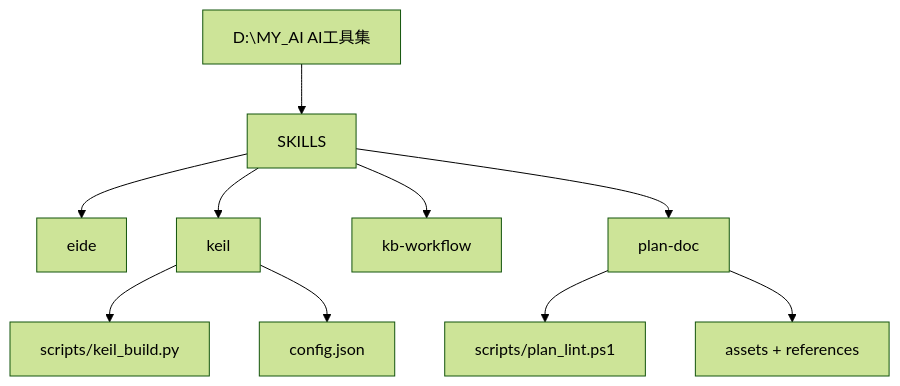
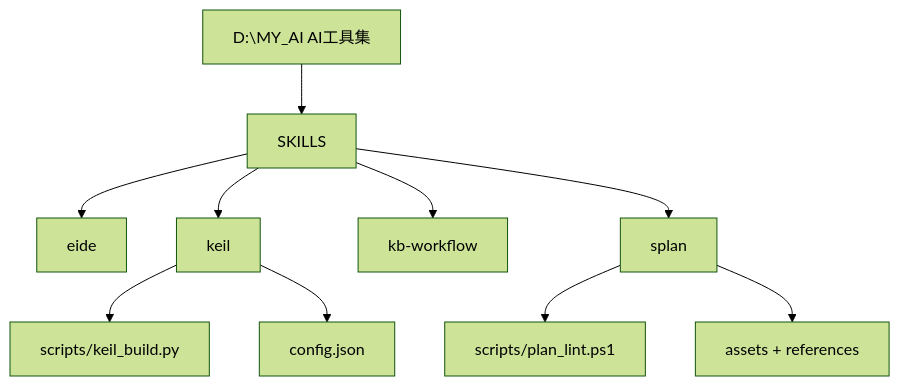
Before and after one commit to Siaiai/ObsidianNote: the first of 3 diagrams in 个人/AI工具集/261029AI工具集规划.md, drawn with Mermaid (forest theme). The commit also changed other lines of this file, not shown here.

````diff
--- a/个人/AI工具集/261029AI工具集规划.md
+++ b/个人/AI工具集/261029AI工具集规划.md
@@ -123,12 +124,12 @@
 ```mermaid
 graph TD
     A[D:\MY_AI AI工具集] --> B[SKILLS]
     B --> C[eide]
     B --> D[keil]
     B --> E[kb-workflow]
-    B --> F[plan-doc]
+    B --> F[splan]
     D --> D1[scripts/keil_build.py]
     D --> D2[config.json]
     F --> F1[scripts/plan_lint.ps1]
     F --> F2[assets + references]
 ```
````
